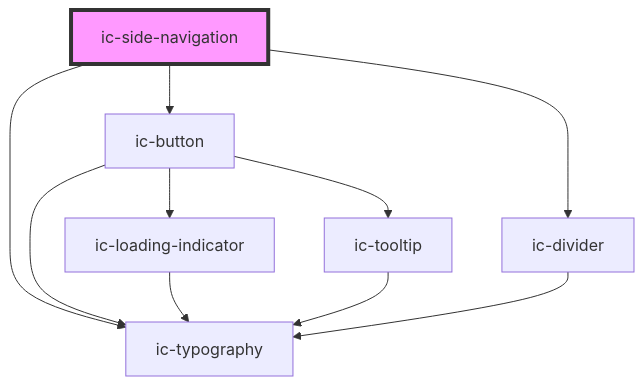
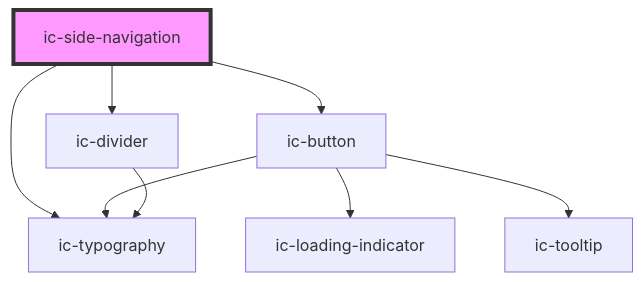
Before and after one commit to mi6/ic-ui-kit: the diagram in packages/web-components/src/components/ic-side-navigation/readme.md, drawn with Mermaid. The commit also changed other lines of this file and 13 other files, not shown here.

````diff
--- a/packages/web-components/src/components/ic-side-navigation/readme.md
+++ b/packages/web-components/src/components/ic-side-navigation/readme.md
@@ -58,13 +59,11 @@
 ```mermaid
 graph TD;
-  ic-side-navigation --> ic-typography
   ic-side-navigation --> ic-button
   ic-side-navigation --> ic-divider
+  ic-side-navigation --> ic-typography
   ic-button --> ic-typography
   ic-button --> ic-loading-indicator
   ic-button --> ic-tooltip
-  ic-loading-indicator --> ic-typography
-  ic-tooltip --> ic-typography
   ic-divider --> ic-typography
   style ic-side-navigation fill:#f9f,stroke:#333,stroke-width:4px
 ```
````
